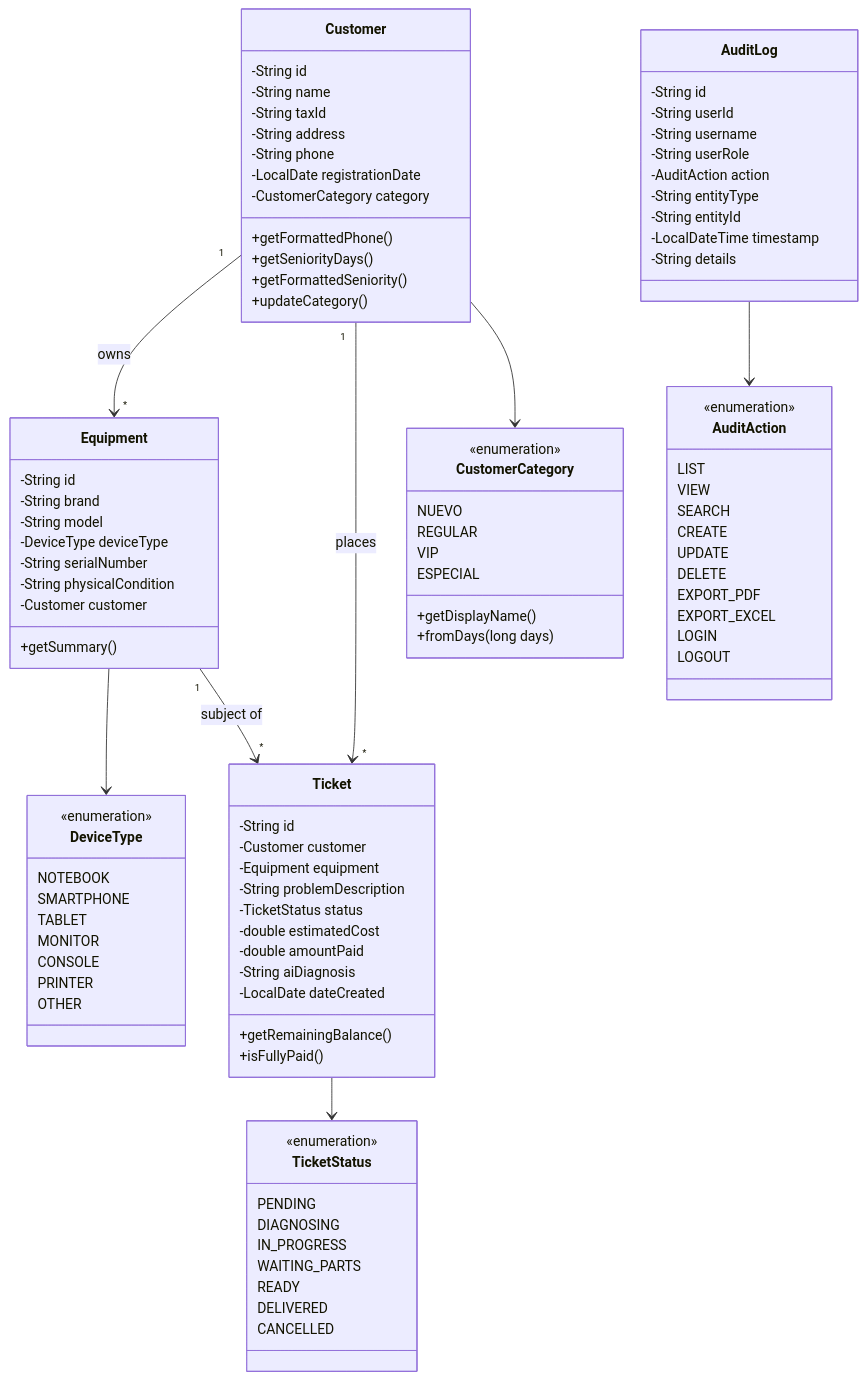
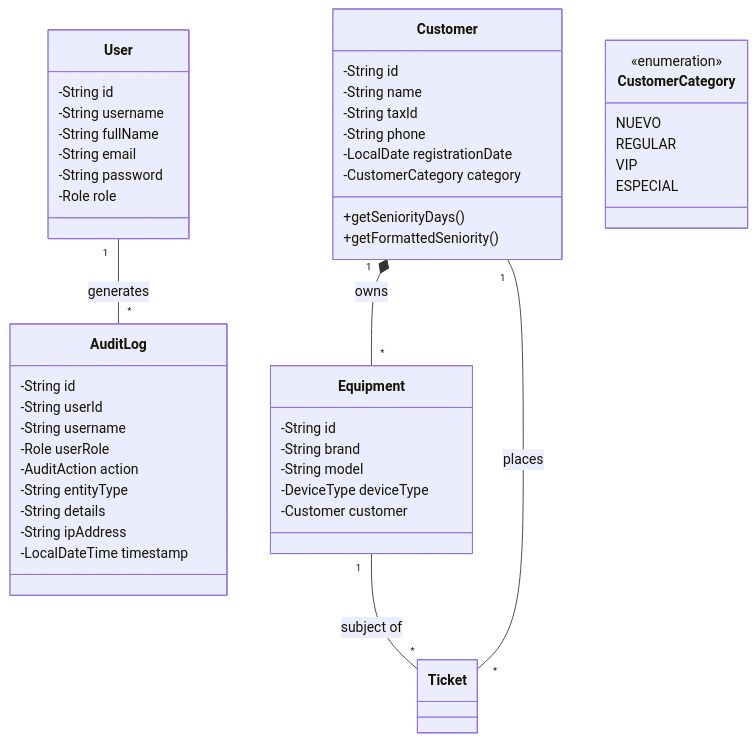
One commit to enri312/cyrcetech changed the fourth of 7 diagrams in project_manual.md. Above: the diagram before and after it, drawn with Mermaid. The commit also changed other lines of this file and 47 other files, not shown here.

````diff
--- a/project_manual.md
+++ b/project_manual.md
@@ -200,17 +156,23 @@
 ```mermaid
 classDiagram
+    class User {
+        -String id
+        -String username
+        -String fullName
+        -String email
+        -String password
+        -Role role
+    }
+
     class Customer {
         -String id
         -String name
         -String taxId
-        -String address
         -String phone
         -LocalDate registrationDate
         -CustomerCategory category
-        +getFormattedPhone()
         +getSeniorityDays()
         +getFormattedSeniority()
-        +updateCategory()
     }
 
     class CustomerCategory {
@@ -219,8 +181,6 @@
         REGULAR
         VIP
         ESPECIAL
-        +getDisplayName()
-        +fromDays(long days)
     }
 
     class Equipment {
@@ -228,79 +188,23 @@
         -String brand
         -String model
         -DeviceType deviceType
-        -String serialNumber
-        -String physicalCondition
         -Customer customer
-        +getSummary()
-    }
-
-    class DeviceType {
-        <<enumeration>>
-        NOTEBOOK
-        SMARTPHONE
-        TABLET
-        MONITOR
-        CONSOLE
-        PRINTER
-        OTHER
-    }
-
-    class Ticket {
-        -String id
-        -Customer customer
-        -Equipment equipment
-        -String problemDescription
-        -TicketStatus status
-        -double estimatedCost
-        -double amountPaid
-        -String aiDiagnosis
-        -LocalDate dateCreated
-        +getRemainingBalance()
-        +isFullyPaid()
-    }
-
-    class TicketStatus {
-        <<enumeration>>
-        PENDING
-        DIAGNOSING
-        IN_PROGRESS
-        WAITING_PARTS
-        READY
-        DELIVERED
-        CANCELLED
     }
 
     class AuditLog {
         -String id
         -String userId
         -String username
-        -String userRole
+        -Role userRole
         -AuditAction action
         -String entityType
-        -String entityId
+        -String details
+        -String ipAddress
         -LocalDateTime timestamp
-        -String details
     }
 
-    class AuditAction {
-        <<enumeration>>
-        LIST
-        VIEW
-        SEARCH
-        CREATE
-        UPDATE
-        DELETE
-        EXPORT_PDF
-        EXPORT_EXCEL
-        LOGIN
-        LOGOUT
-    }
-
-    Customer "1" --> "*" Equipment : owns
-    Customer "1" --> "*" Ticket : places
-    Customer --> CustomerCategory
-    Equipment --> DeviceType
-    Equipment "1" --> "*" Ticket : subject of
-    Ticket --> TicketStatus
-    AuditLog --> AuditAction
+    User "1" -- "*" AuditLog : generates
+    Customer "1" *-- "*" Equipment : owns
+    Customer "1" -- "*" Ticket : places
+    Equipment "1" -- "*" Ticket : subject of
 ```
````
